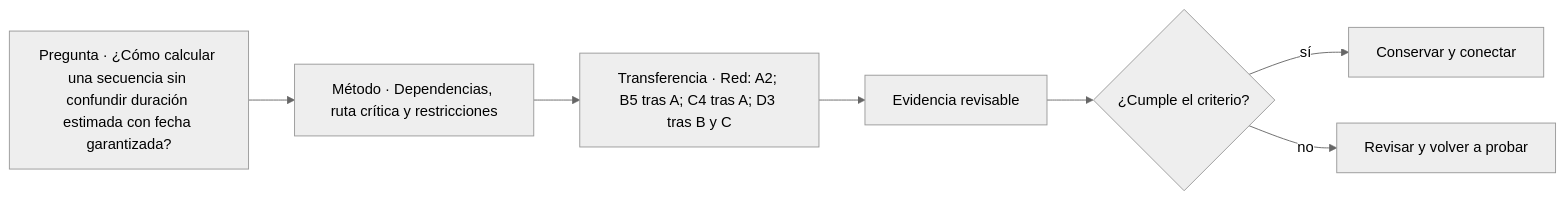
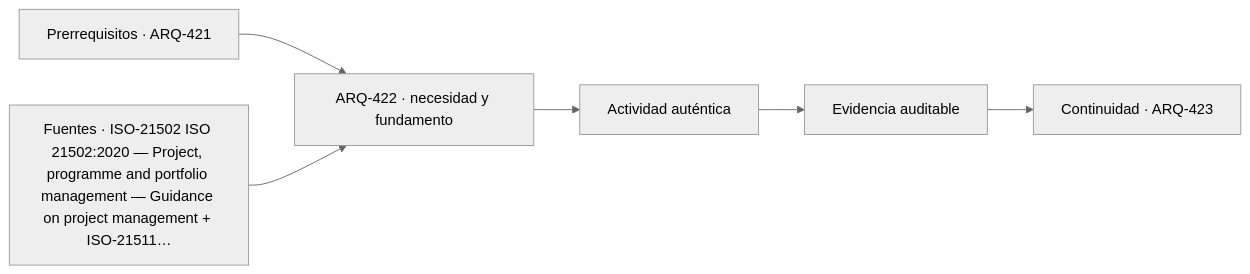
One commit to vladimiracunadev-create/architecture-built-environment-learning-program changed the diagram in classes/parte-43/ARQ-422.md. Above: the diagram before and after it, drawn with Mermaid (neutral theme). The commit also changed other lines of this file and 761 other files, not shown here.

````diff
--- a/classes/parte-43/ARQ-422.md
+++ b/classes/parte-43/ARQ-422.md
@@ -75,9 +87,8 @@
 ```mermaid
 flowchart LR
-    Q["Pregunta · ¿Cómo calcular una secuencia sin confundir duración estimada con fecha garantizada?"] --> M["Método · Dependencias, ruta crítica y restricciones"]
-    M --> P["Transferencia · Red: A2; B5 tras A; C4 tras A; D3 tras B y C"]
-    P --> E["Evidencia revisable"]
-    E --> C{"¿Cumple el criterio?"}
-    C -->|sí| T["Conservar y conectar"]
-    C -->|no| R["Revisar y volver a probar"]
+    A["Prerrequisitos · ARQ-421"] --> B["ARQ-422 · necesidad y fundamento"]
+    S["Fuentes · ISO-21502 ISO 21502:2020 — Project, programme and portfolio management — Guidance on project management + ISO-21511…"] --> B
+    B --> C["Actividad auténtica"]
+    C --> D["Evidencia auditable"]
+    D --> E["Continuidad · ARQ-423"]
 ```
````
